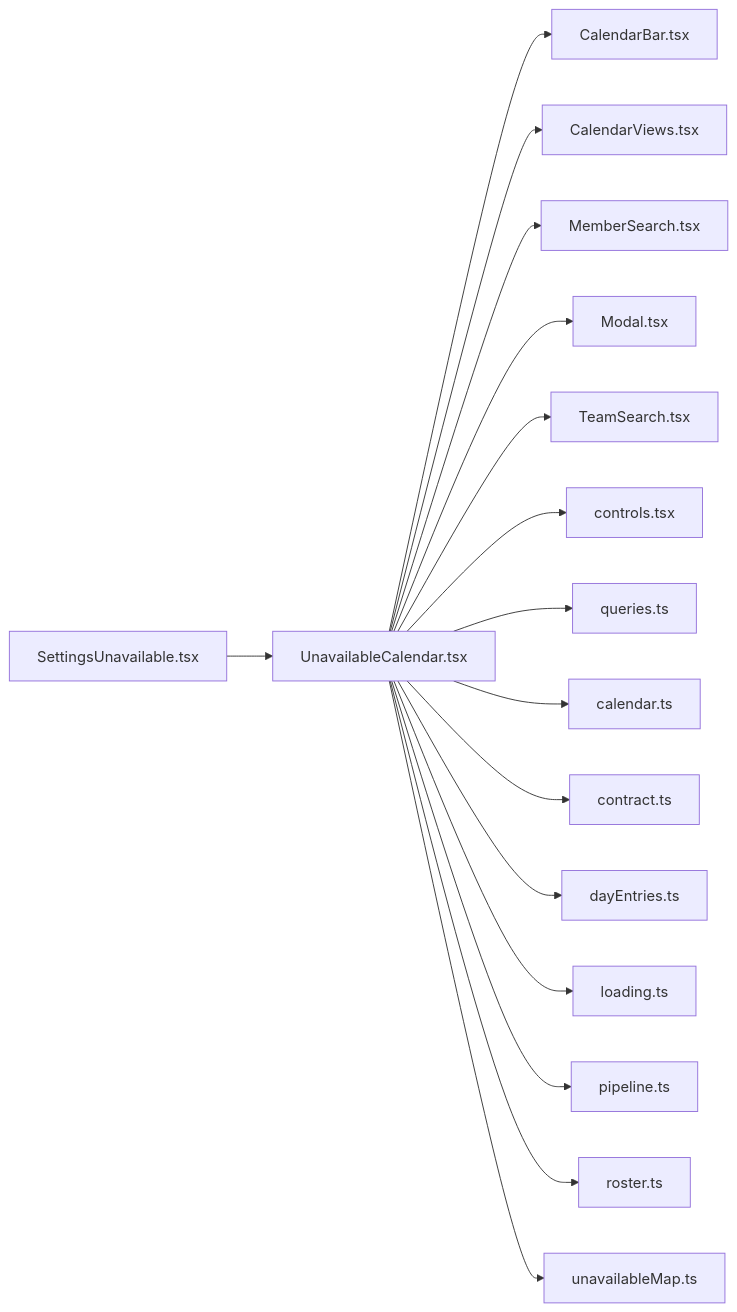
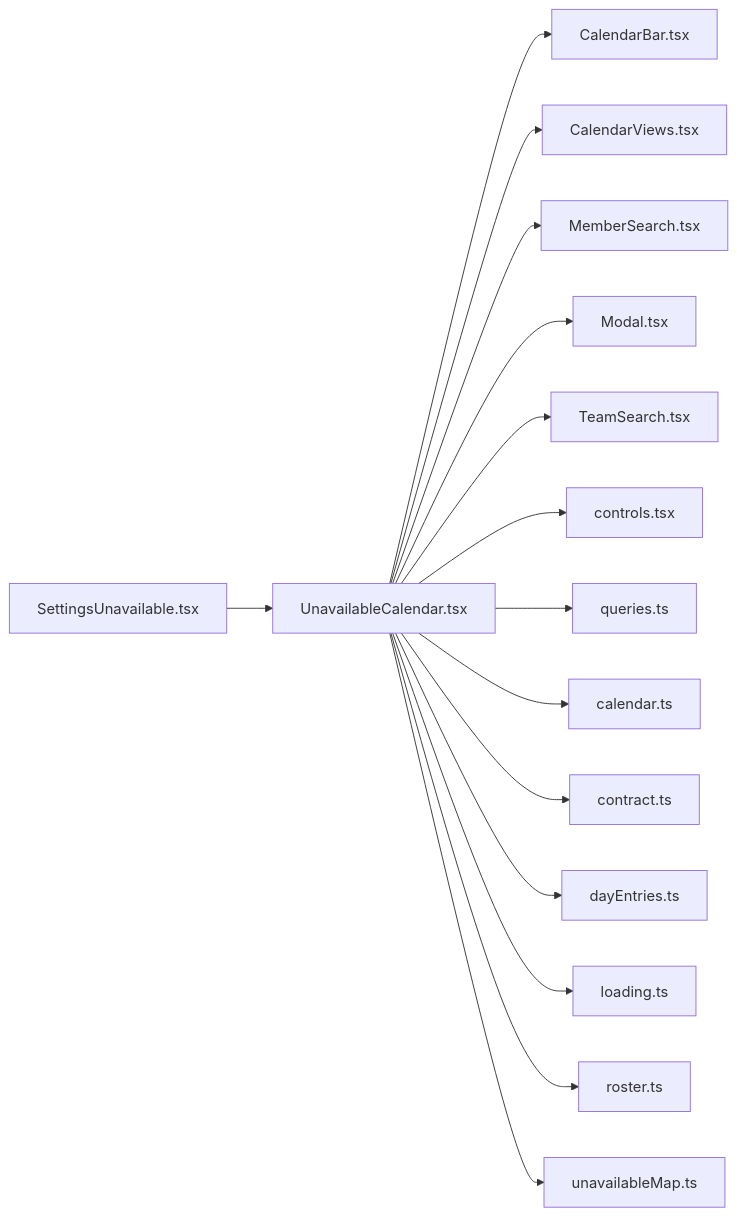
One commit to minkong-dev/Banblit changed the diagram in .cluedoc/graph/frontend/src/routes/UnavailableCalendar.md. Above: the diagram before and after it, drawn with Mermaid. The commit also changed other lines of this file and 41 other files, not shown here.

````diff
--- a/.cluedoc/graph/frontend/src/routes/UnavailableCalendar.md
+++ b/.cluedoc/graph/frontend/src/routes/UnavailableCalendar.md
@@ -10,19 +10,18 @@
 ```mermaid
 flowchart LR
   frontend_src_routes_UnavailableCalendar["UnavailableCalendar.tsx"]
   frontend_src_routes_UnavailableCalendar --> frontend_src_components_CalendarBar["CalendarBar.tsx"]
   frontend_src_routes_UnavailableCalendar --> frontend_src_components_CalendarViews["CalendarViews.tsx"]
   frontend_src_routes_UnavailableCalendar --> frontend_src_components_MemberSearch["MemberSearch.tsx"]
   frontend_src_routes_UnavailableCalendar --> frontend_src_components_Modal["Modal.tsx"]
   frontend_src_routes_UnavailableCalendar --> frontend_src_components_TeamSearch["TeamSearch.tsx"]
   frontend_src_routes_UnavailableCalendar --> frontend_src_components_controls["controls.tsx"]
   frontend_src_routes_UnavailableCalendar --> frontend_src_components_queries["queries.ts"]
   frontend_src_routes_UnavailableCalendar --> frontend_src_lib_calendar["calendar.ts"]
   frontend_src_routes_UnavailableCalendar --> frontend_src_lib_contract["contract.ts"]
   frontend_src_routes_UnavailableCalendar --> frontend_src_lib_dayEntries["dayEntries.ts"]
   frontend_src_routes_UnavailableCalendar --> frontend_src_lib_loading["loading.ts"]
-  frontend_src_routes_UnavailableCalendar --> frontend_src_lib_pipeline["pipeline.ts"]
   frontend_src_routes_UnavailableCalendar --> frontend_src_lib_roster["roster.ts"]
   frontend_src_routes_UnavailableCalendar --> frontend_src_lib_unavailableMap["unavailableMap.ts"]
   frontend_src_routes_SettingsUnavailable["SettingsUnavailable.tsx"] --> frontend_src_routes_UnavailableCalendar
 ```
````
